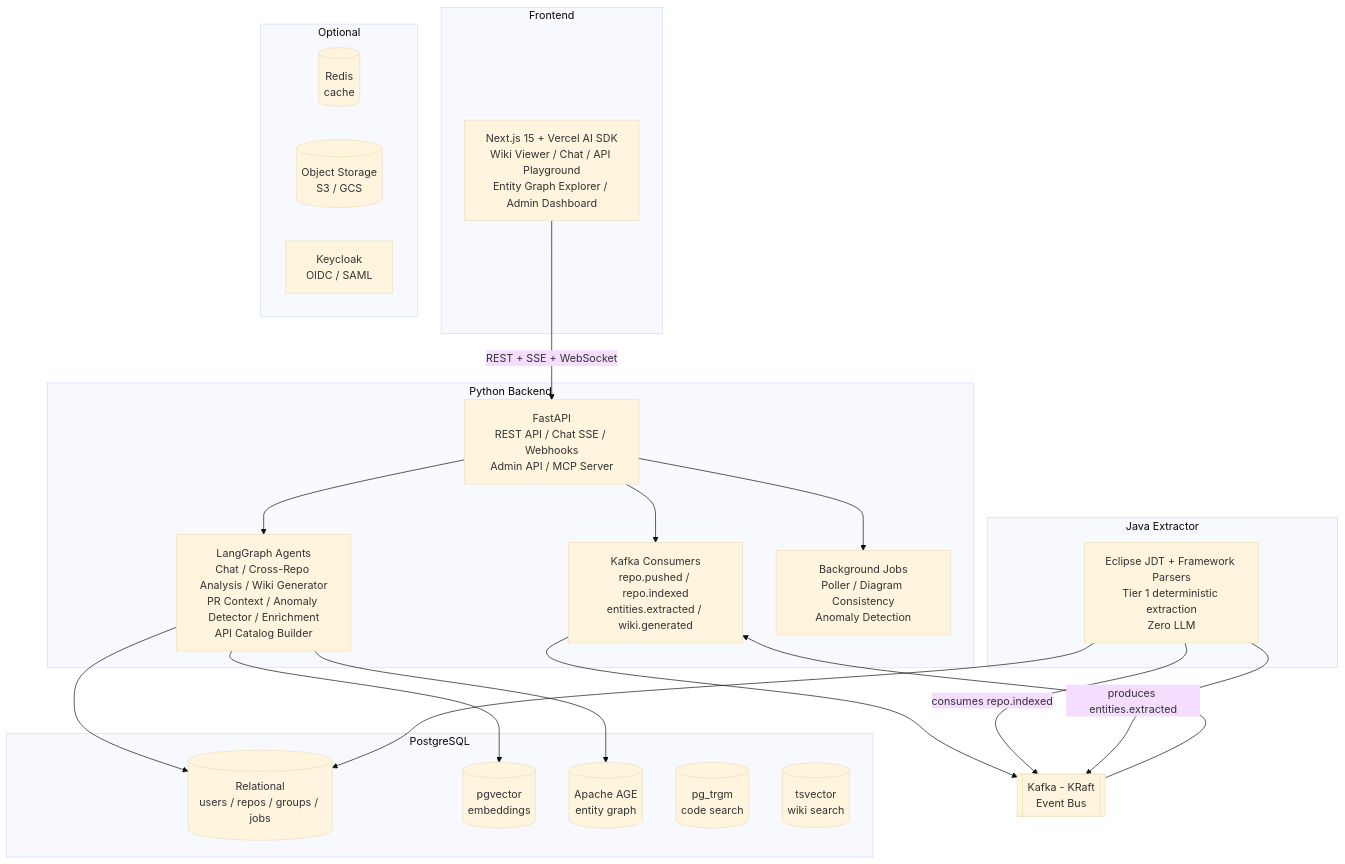
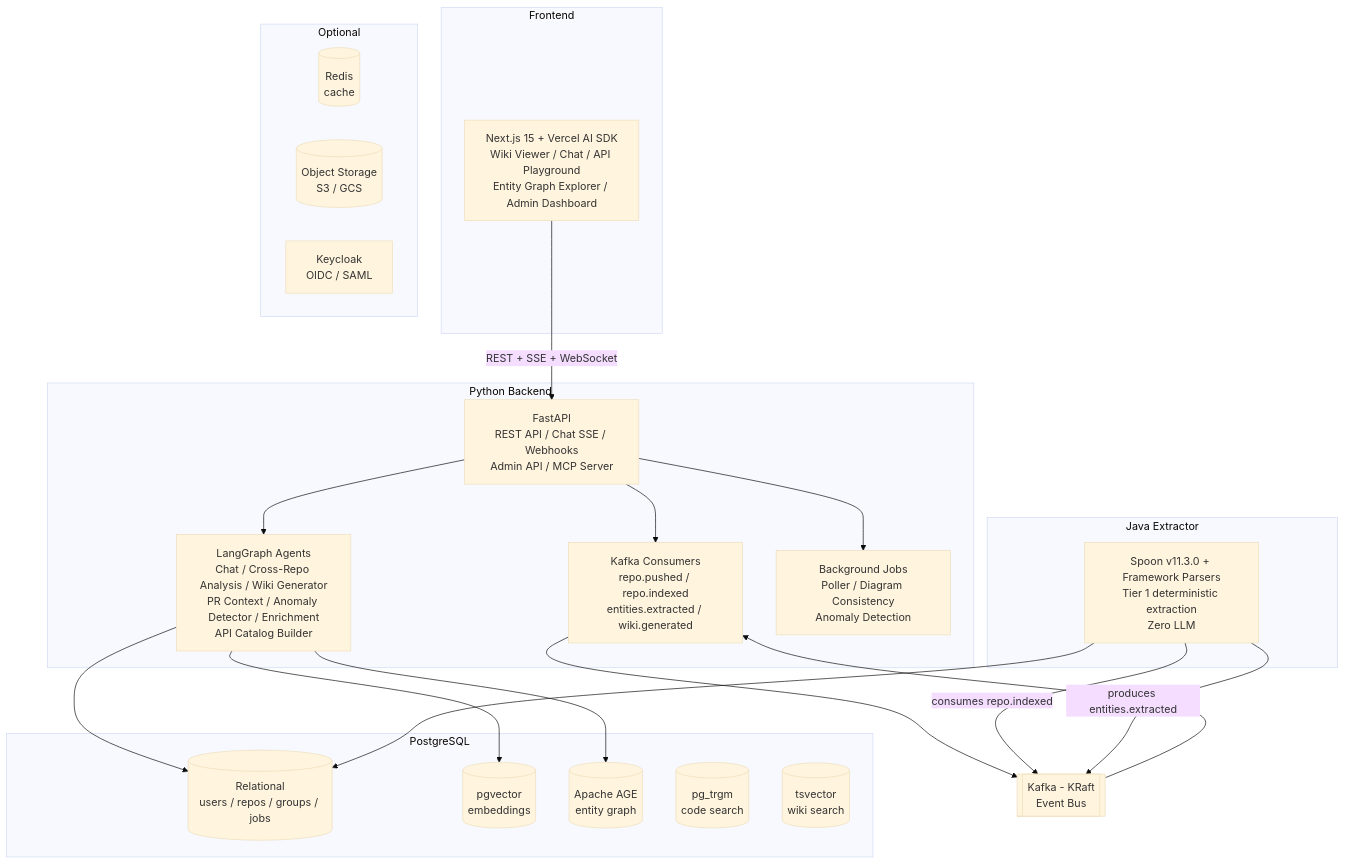
One commit to mogheyapoorv/codegraph changed the diagram in docs/specs/platform-design.md. Above: the diagram before and after it, drawn with Mermaid (base theme). The commit also changed other lines of this file, not shown here.

First line of the commit message:
docs: switch from Eclipse JDT to Spoon v11.3.0, pin latest versions

````diff
--- a/docs/specs/platform-design.md
+++ b/docs/specs/platform-design.md
@@ -51,46 +51,46 @@
 ```mermaid
 graph TB
     subgraph Frontend
         UI[Next.js 15 + Vercel AI SDK<br/>Wiki Viewer / Chat / API Playground<br/>Entity Graph Explorer / Admin Dashboard]
     end
 
     subgraph Python Backend
         API[FastAPI<br/>REST API / Chat SSE / Webhooks<br/>Admin API / MCP Server]
         AGENTS[LangGraph Agents<br/>Chat / Cross-Repo Analysis / Wiki Generator<br/>PR Context / Anomaly Detector / Enrichment<br/>API Catalog Builder]
         KAFKA_C[Kafka Consumers<br/>repo.pushed / repo.indexed<br/>entities.extracted / wiki.generated]
         JOBS[Background Jobs<br/>Poller / Diagram Consistency<br/>Anomaly Detection]
     end
 
     subgraph Java Extractor
-        JDT[Eclipse JDT + Framework Parsers<br/>Tier 1 deterministic extraction<br/>Zero LLM]
+        JDT[Spoon v11.3.0 + Framework Parsers<br/>Tier 1 deterministic extraction<br/>Zero LLM]
     end
 
     subgraph PostgreSQL
         PG_REL[(Relational<br/>users / repos / groups / jobs)]
         PG_VEC[(pgvector<br/>embeddings)]
         PG_AGE[(Apache AGE<br/>entity graph)]
         PG_TRGM[(pg_trgm<br/>code search)]
         PG_TS[(tsvector<br/>wiki search)]
     end
 
     KAFKA[[Kafka - KRaft<br/>Event Bus]]
 
     subgraph Optional
         REDIS[(Redis<br/>cache)]
         S3[(Object Storage<br/>S3 / GCS)]
         KC[Keycloak<br/>OIDC / SAML]
     end
 
     UI -->|REST + SSE + WebSocket| API
     API --> AGENTS
     API --> KAFKA_C
     API --> JOBS
     AGENTS --> PG_REL
     AGENTS --> PG_VEC
     AGENTS --> PG_AGE
     KAFKA_C --> KAFKA
     JDT -->|consumes repo.indexed| KAFKA
     JDT -->|produces entities.extracted| KAFKA
     JDT --> PG_REL
     KAFKA --> KAFKA_C
 ```
````
